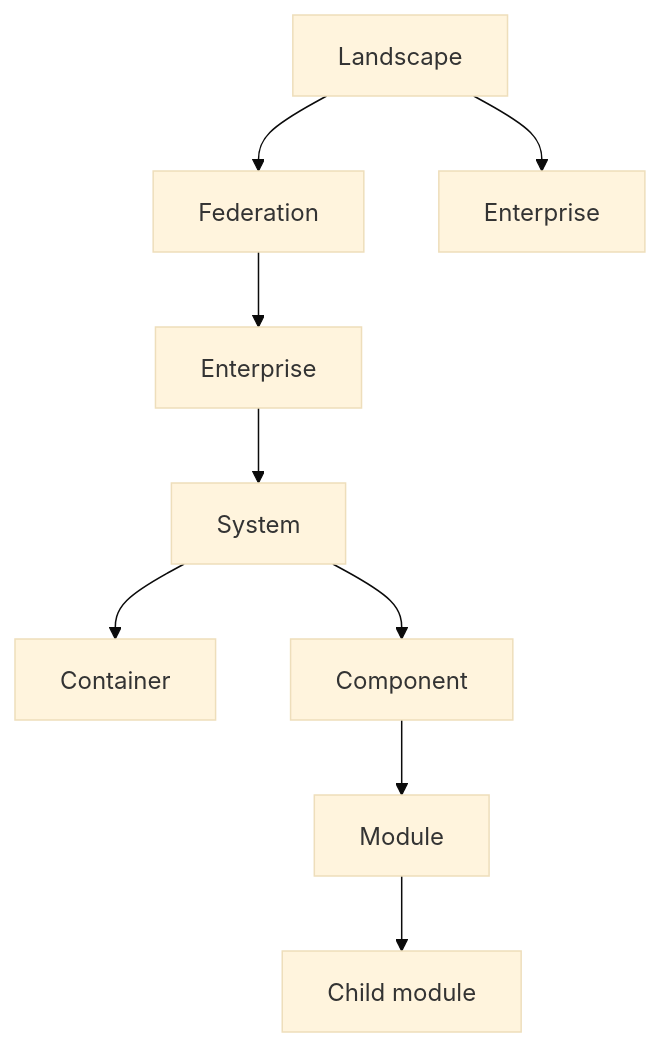
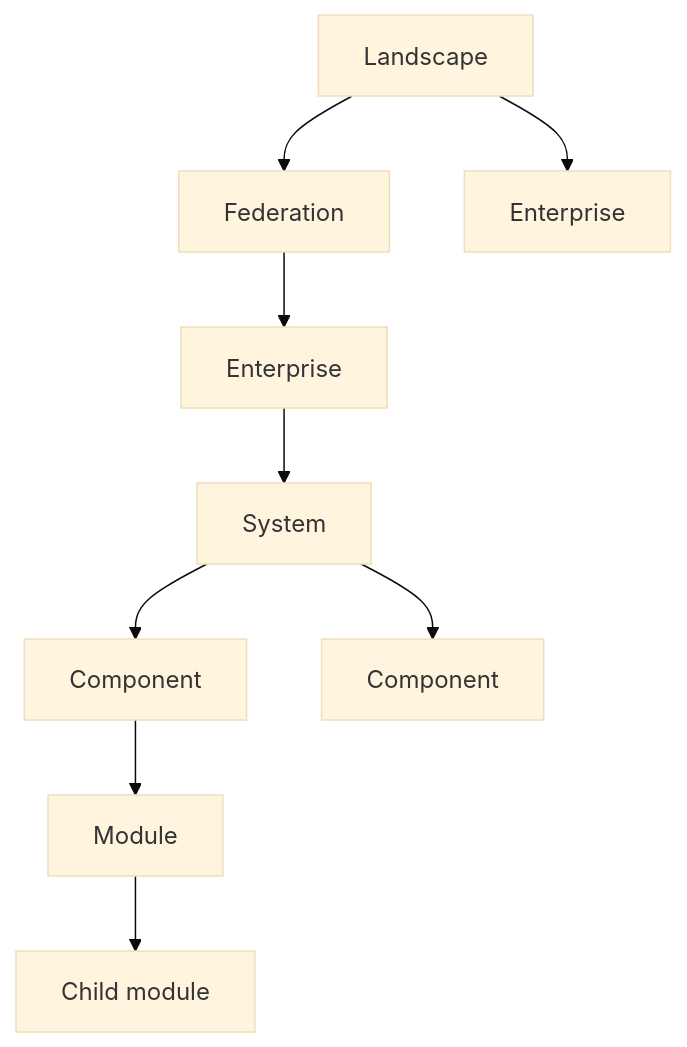
Before and after one commit to jkassis/reposcma: the second of 4 diagrams in index.md, drawn with Mermaid (base theme). The commit also changed other lines of this file and 2 other files, not shown here.

Commit message:
Clarify component kinds in RepoSCMA

````diff
--- a/index.md
+++ b/index.md
@@ -114,21 +111,21 @@
 ```mermaid
 flowchart TB
   Landscape["Landscape"]
   FederationA["Federation"]
   EnterpriseA["Enterprise"]
   EnterpriseB["Enterprise"]
   SystemA["System"]
-  ContainerA["Container"]
   ComponentA["Component"]
+  ComponentB["Component"]
   ModuleA["Module"]
   ModuleB["Child module"]
 
   Landscape --> FederationA
   Landscape --> EnterpriseB
   FederationA --> EnterpriseA
   EnterpriseA --> SystemA
-  SystemA --> ContainerA
   SystemA --> ComponentA
+  SystemA --> ComponentB
   ComponentA --> ModuleA
   ModuleA --> ModuleB
 ```
````
